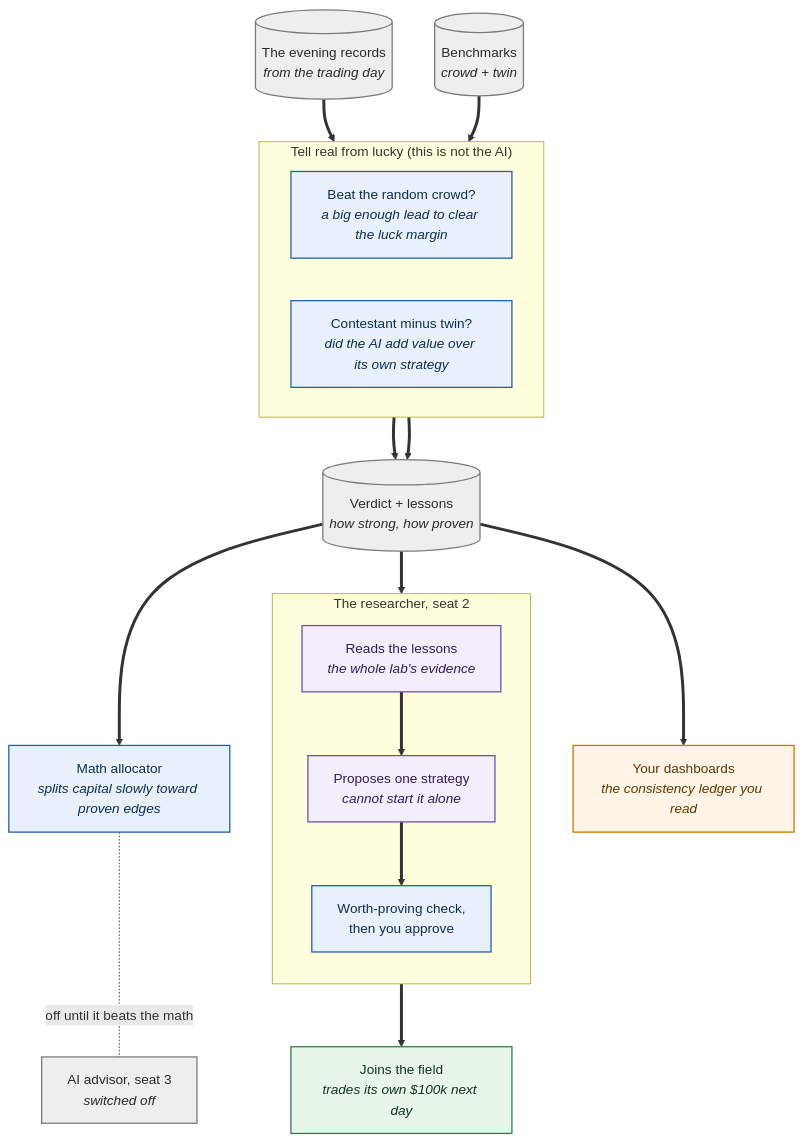
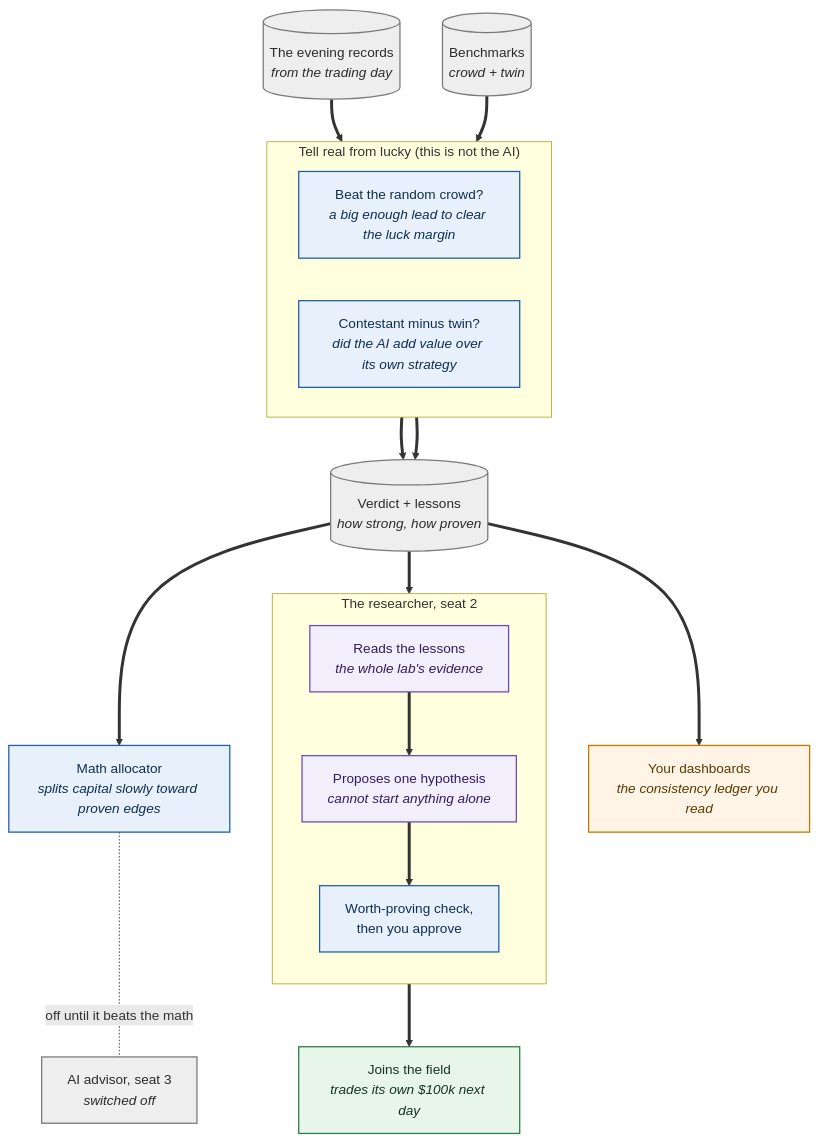
One commit to masalasev-ops/AlphaFinanceLab changed the ninth of 11 diagrams in ORIENTATION.md. Above: the diagram before and after it, drawn with Mermaid. The commit also changed other lines of this file and 18 other files, not shown here.

````diff
--- a/ORIENTATION.md
+++ b/ORIENTATION.md
@@ -316,36 +335,36 @@
 ```mermaid
 flowchart TB
     REC[("The evening records<br/><i>from the trading day</i>")]:::notrade
     BENCH[("Benchmarks<br/><i>crowd + twin</i>")]:::notrade
     subgraph JUDGE["Tell real from lucky (this is not the AI)"]
         direction LR
         Q1["Beat the random crowd?<br/><i>a big enough lead to clear the luck margin</i>"]:::machine
         Q2["Contestant minus twin?<br/><i>did the AI add value over its own strategy</i>"]:::machine
     end
     VERD[("Verdict + lessons<br/><i>how strong, how proven</i>")]:::notrade
     ALLOC["Math allocator<br/><i>splits capital slowly toward proven edges</i>"]:::machine
     DASH["Your dashboards<br/><i>the consistency ledger you read</i>"]:::outcome
     ADV["AI advisor, seat 3<br/><i>switched off</i>"]:::notrade
     subgraph RESEARCH["The researcher, seat 2"]
         direction TB
         READ["Reads the lessons<br/><i>the whole lab's evidence</i>"]:::verdict
-        PROP["Proposes one strategy<br/><i>cannot start it alone</i>"]:::verdict
+        PROP["Proposes one hypothesis<br/><i>cannot start anything alone</i>"]:::verdict
         GATE["Worth-proving check,<br/>then you approve"]:::machine
         READ ==> PROP ==> GATE
     end
     JOIN["Joins the field<br/><i>trades its own $100k next day</i>"]:::trade
     REC ==> Q1
     BENCH ==> Q2
     Q1 ==> VERD
     Q2 ==> VERD
     VERD ==> ALLOC
     VERD ==> DASH
     VERD ==> READ
     ALLOC -. "off until it beats the math" .- ADV
     GATE ==> JOIN
     classDef trade fill:#E8F5E9,stroke:#2E7D46,stroke-width:1.5px,color:#14351f;
     classDef notrade fill:#EEEEEE,stroke:#7A7A7A,stroke-width:1.5px,color:#2b2b2b;
     classDef machine fill:#E7F0FB,stroke:#1F5FA6,stroke-width:1.5px,color:#0f2f52;
     classDef outcome fill:#FFF4E5,stroke:#C77700,stroke-width:1.5px,color:#5c3800;
     classDef verdict fill:#F3EEFB,stroke:#6A4FB0,stroke-width:1.5px,color:#301d5c;
 ```
````
